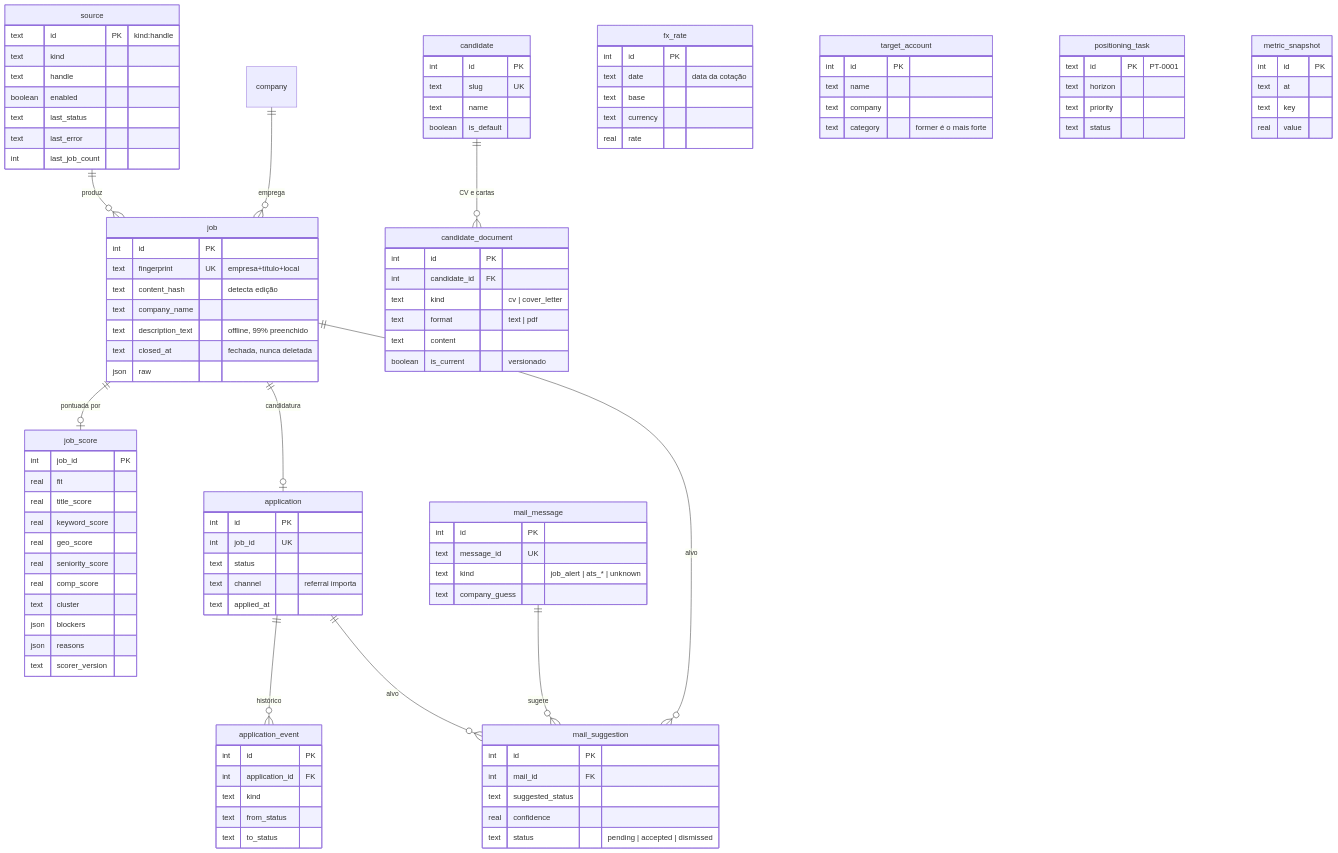
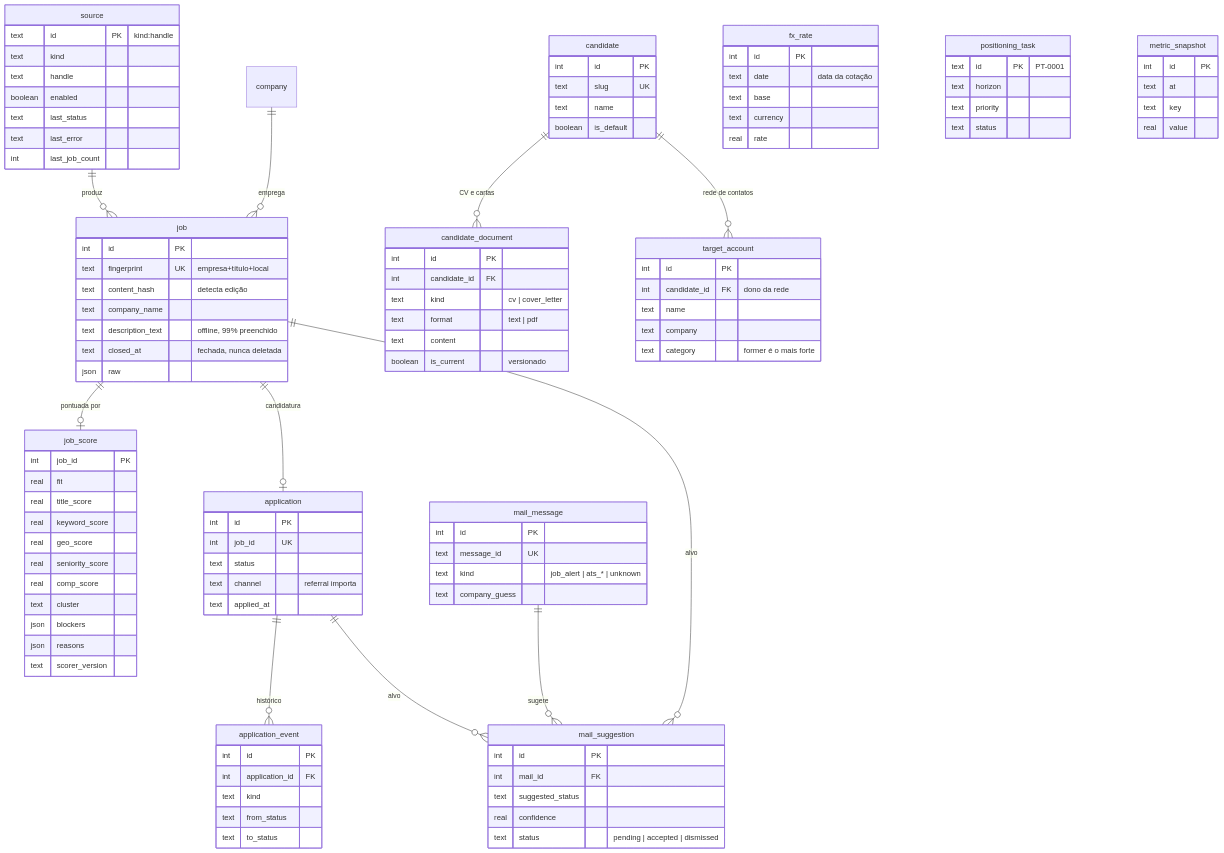
One commit to andreustimm/master-jobs changed the first of 2 diagrams in docs/engineering/diagrams/data-model-er.md. Above: the diagram before and after it, drawn with Mermaid. The commit also changed 30 other files, not shown here.

First line of the commit message:
fix(contatos): rede de contatos com dono, sem vazar entre contas

```diff
--- a/docs/engineering/diagrams/data-model-er.md
+++ b/docs/engineering/diagrams/data-model-er.md
@@ -11,6 +11,7 @@
   job ||--o| application : "candidatura"
   application ||--o{ application_event : "histórico"
   candidate ||--o{ candidate_document : "CV e cartas"
+  candidate ||--o{ target_account : "rede de contatos"
   mail_message ||--o{ mail_suggestion : "sugere"
   application ||--o{ mail_suggestion : "alvo"
   job ||--o{ mail_suggestion : "alvo"
@@ -106,6 +107,7 @@
 
   target_account {
     int id PK
+    int candidate_id FK "dono da rede"
     text name
     text company
     text category "former é o mais forte"
```
